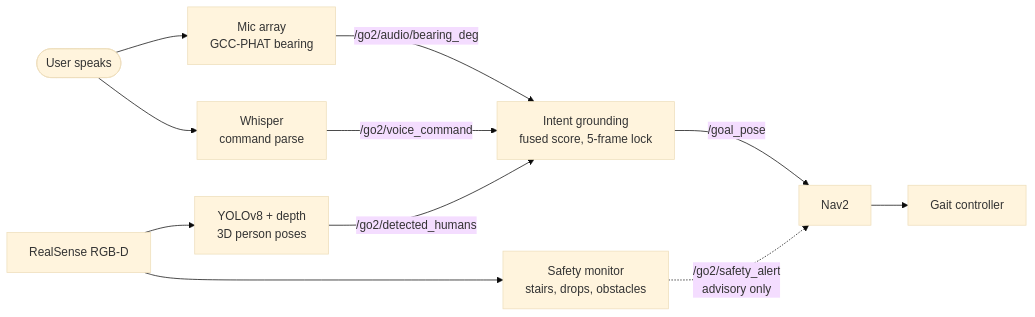
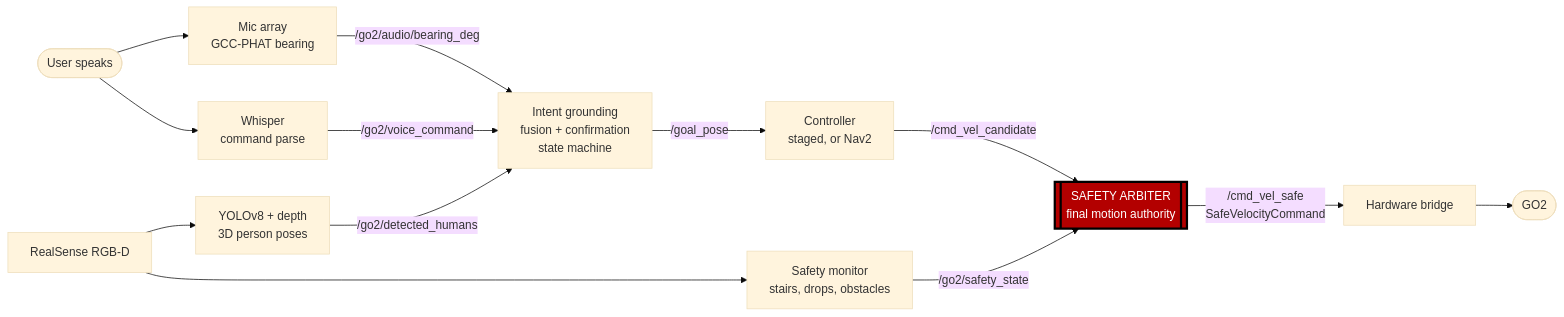
One commit to jhaiq/GO2-seeing-eye-dog changed the diagram in README.md. Above: the diagram before and after it, drawn with Mermaid (base theme). The commit also changed other lines of this file and 79 other files, not shown here.

First line of the commit message:
Add motion authority chain: safety arbiter, hardware bridge, approach controller

````diff
--- a/README.md
+++ b/README.md
@@ -22,13 +22,16 @@
 ```mermaid
 flowchart LR
   U([User speaks]) --> MIC[Mic array<br/>GCC-PHAT bearing]
   U --> ASR[Whisper<br/>command parse]
   CAM[RealSense RGB-D] --> YOLO[YOLOv8 + depth<br/>3D person poses]
   MIC -->|/go2/audio/bearing_deg| FUSE
   ASR -->|/go2/voice_command| FUSE
-  YOLO -->|/go2/detected_humans| FUSE[Intent grounding<br/>fused score, 5-frame lock]
-  FUSE -->|/goal_pose| NAV[Nav2]
+  YOLO -->|/go2/detected_humans| FUSE[Intent grounding<br/>fusion + confirmation<br/>state machine]
+  FUSE -->|/goal_pose| CTRL[Controller<br/>staged, or Nav2]
+  CTRL -->|/cmd_vel_candidate| ARB
   CAM --> SAFE[Safety monitor<br/>stairs, drops, obstacles]
-  SAFE -.->|/go2/safety_alert<br/>advisory only| NAV
-  NAV --> GAIT[Gait controller]
+  SAFE -->|/go2/safety_state| ARB[["SAFETY ARBITER<br/>final motion authority"]]
+  ARB -->|/cmd_vel_safe<br/>SafeVelocityCommand| BR[Hardware bridge]
+  BR --> GO2([GO2])
+  style ARB fill:#b30000,stroke:#000,stroke-width:3px,color:#fff
 ```
````
